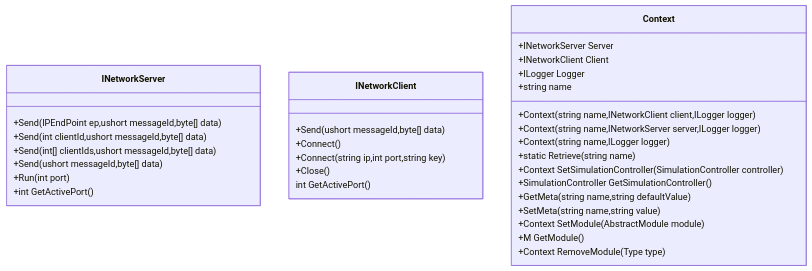
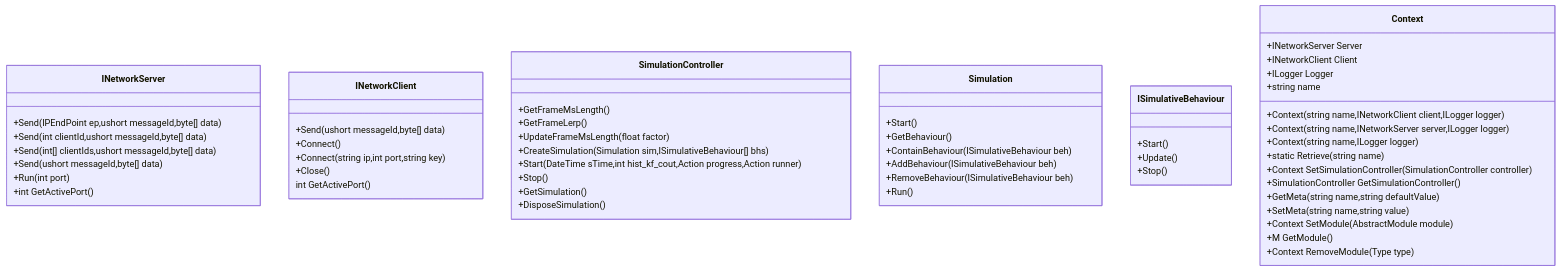
Before and after one commit to dudu502/littlebee_libs: the diagram in README.md, drawn with Mermaid. The commit also changed 4130 other files, not shown here.

````diff
--- a/README.md
+++ b/README.md
@@ -37,35 +37,58 @@
 ```mermaid  
 classDiagram
     class INetworkServer{
       +Send(IPEndPoint ep,ushort messageId,byte[] data)
       +Send(int clientId,ushort messageId,byte[] data)
       +Send(int[] clientIds,ushort messageId,byte[] data)
       +Send(ushort messageId,byte[] data)
       +Run(int port)
       +int GetActivePort()
     }
     class INetworkClient{
       +Send(ushort messageId,byte[] data)
       +Connect()
       +Connect(string ip,int port,string key)
       +Close()
       int GetActivePort()
+    }
+    class SimulationController{
+      +GetFrameMsLength()
+      +GetFrameLerp()
+      +UpdateFrameMsLength(float factor)
+      +CreateSimulation(Simulation sim,ISimulativeBehaviour[] bhs)
+      +Start(DateTime sTime,int hist_kf_cout,Action<float> progress,Action runner)
+      +Stop()
+      +GetSimulation()
+      +DisposeSimulation()
+    }
+    class Simulation{
+      +Start()
+      +GetBehaviour()
+      +ContainBehaviour(ISimulativeBehaviour beh)
+      +AddBehaviour(ISimulativeBehaviour beh)
+      +RemoveBehaviour(ISimulativeBehaviour beh)
+      +Run()
+    }
+    class ISimulativeBehaviour{
+      +Start()
+      +Update()
+      +Stop()
     }
     class Context {  
         +INetworkServer Server  
         +INetworkClient Client  
         +ILogger Logger  
         +string name
         +Context(string name,INetworkClient client,ILogger logger)
         +Context(string name,INetworkServer server,ILogger logger)
         +Context(string name,ILogger logger)
         +static Retrieve(string name)
         +Context SetSimulationController(SimulationController controller)
         +SimulationController GetSimulationController()
         +GetMeta(string name,string defaultValue)
         +SetMeta(string name,string value)
         +Context SetModule(AbstractModule module)
         +M GetModule<M>()
         +Context RemoveModule(Type type)
     }  
 ```   
````
